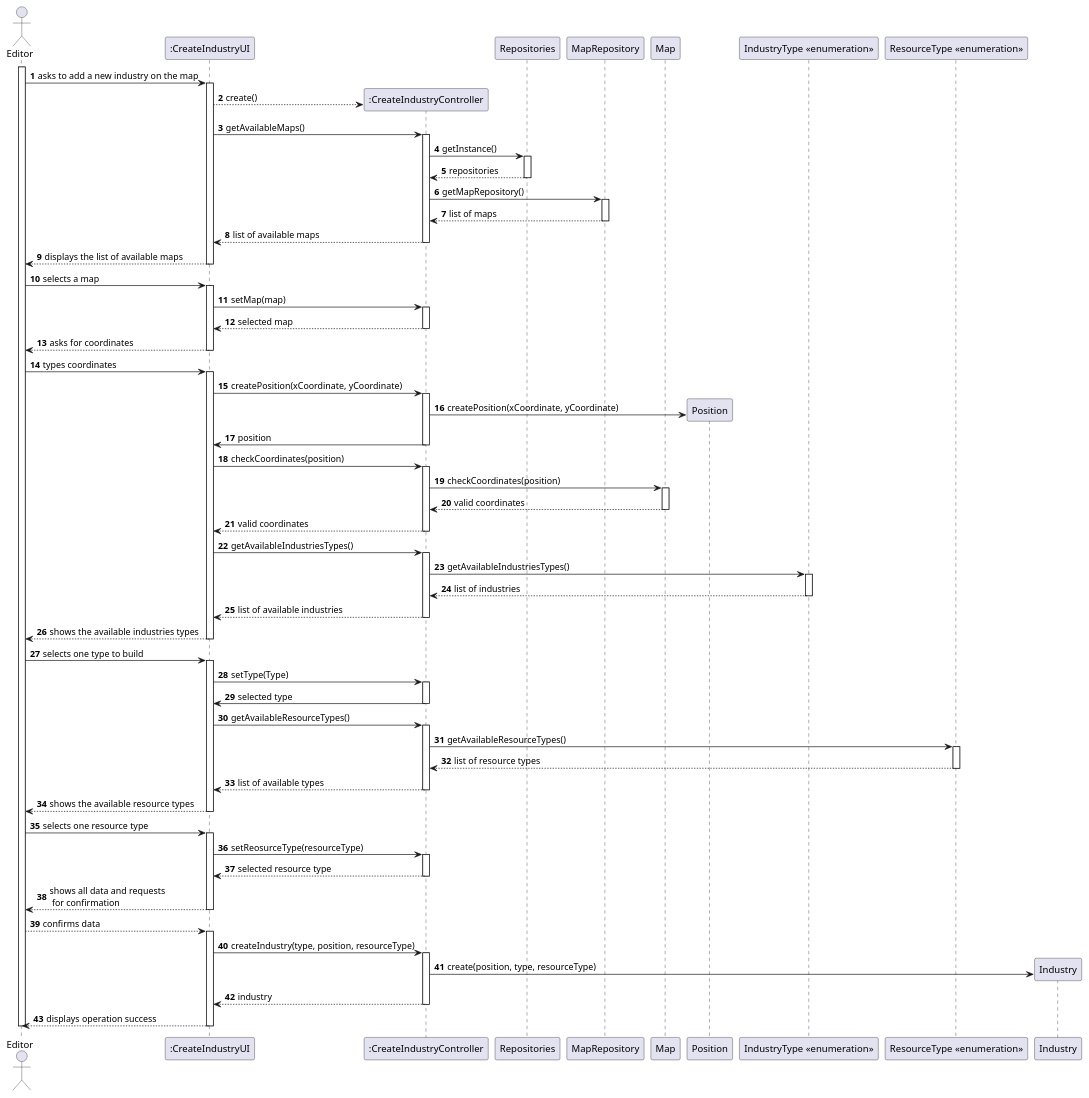
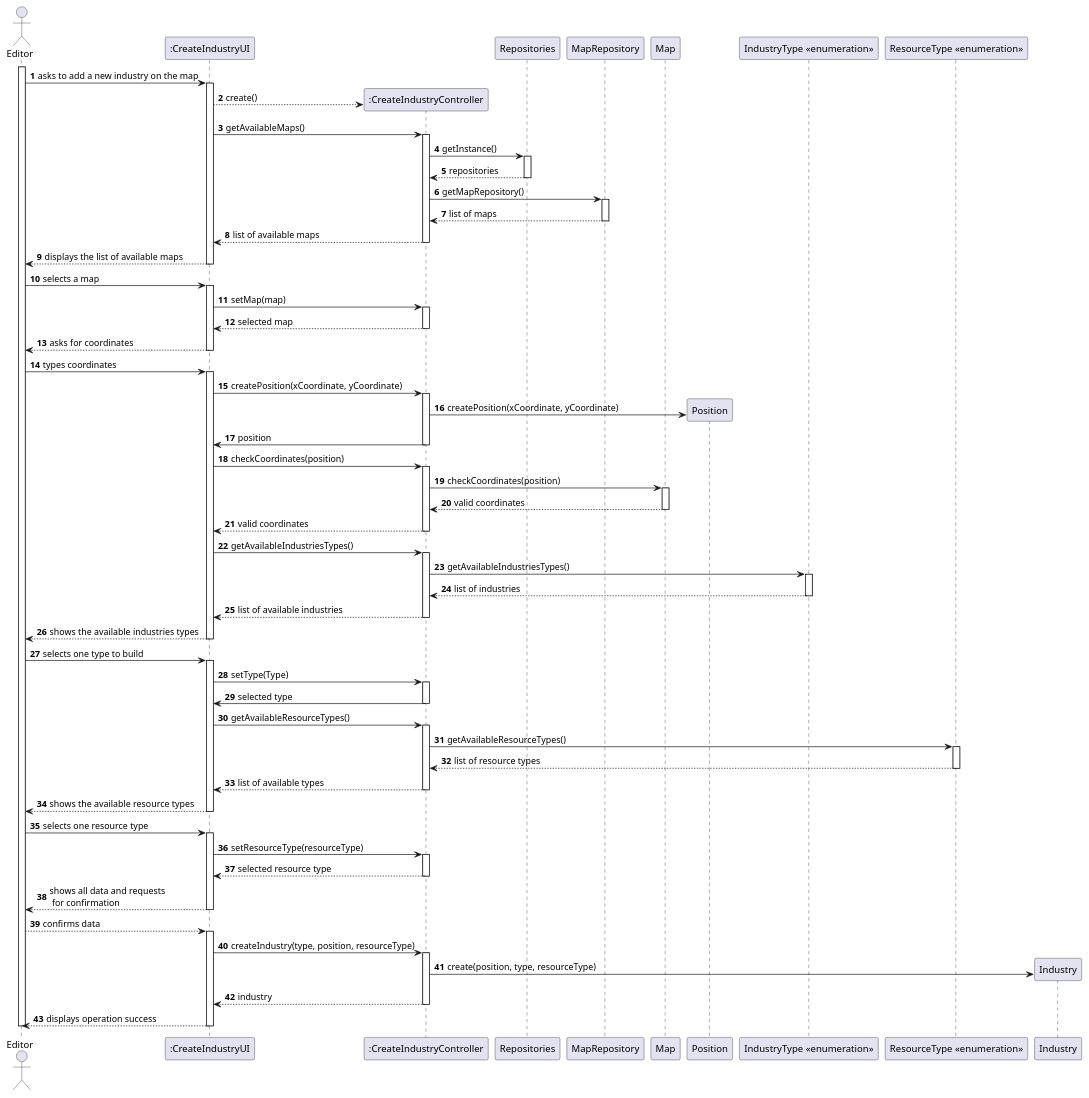
One commit to 1240935/pi2-railway-simulator changed the diagram in Sprint2/US002/03.design/puml/US002-SD-full.puml. Above: the diagram before and after it, drawn with PlantUML. The commit also changed 3 other files, not shown here.

```diff
--- a/Sprint2/US002/03.design/puml/US002-SD-full.puml
+++ b/Sprint2/US002/03.design/puml/US002-SD-full.puml
@@ -1,157 +1,157 @@
 @startuml
 'skinparam monochrome true
 skinparam packageStyle rectangle
 skinparam shadowing false
 
 autonumber
 
  actor "Editor" as EDITOR
     participant ":CreateIndustryUI" as UI
     participant ":CreateIndustryController" as CTRL
     participant "Repositories" as REPOS
     participant "MapRepository" as MREPOS
     participant "Map" as MAP
     participant "Position" as POS
     participant "IndustryType <<enumeration>>" as TYPE
     participant "ResourceType <<enumeration>>" as RETYPE
     participant "Industry" as INDUSTRY
 
 
 activate EDITOR
 
     EDITOR -> UI : asks to add a new industry on the map
     activate UI
 
     UI --> CTRL** : create()
 
     UI -> CTRL : getAvailableMaps()
     activate CTRL
 
     CTRL -> REPOS : getInstance()
     activate REPOS
 
     REPOS --> CTRL: repositories
     deactivate REPOS
 
     CTRL -> MREPOS : getMapRepository()
     activate MREPOS
 
     MREPOS --> CTRL : list of maps
 
     deactivate MREPOS
 
     CTRL --> UI : list of available maps
     deactivate CTRL
 
     UI --> EDITOR : displays the list of available maps
 
     deactivate UI
 
     EDITOR -> UI : selects a map
 
     activate UI
 
     UI -> CTRL : setMap(map)
     activate CTRL
 
     CTRL --> UI : selected map
     deactivate CTRL
 
     UI --> EDITOR : asks for coordinates
     deactivate UI
 
     EDITOR -> UI : types coordinates
     activate UI
 
     UI -> CTRL : createPosition(xCoordinate, yCoordinate)
     activate CTRL
 
     CTRL ->POS** : createPosition(xCoordinate, yCoordinate)
 
 
     CTRL -> UI : position
     deactivate CTRL
 
     UI -> CTRL: checkCoordinates(position)
     activate CTRL
 
 
     CTRL -> MAP : checkCoordinates(position)
     activate MAP
 
     MAP --> CTRL : valid coordinates
     deactivate MAP
 
     CTRL --> UI : valid coordinates
     deactivate CTRL
 
     UI -> CTRL : getAvailableIndustriesTypes()
     activate CTRL
 
     CTRL -> TYPE : getAvailableIndustriesTypes()
     activate TYPE
 
     TYPE --> CTRL: list of industries
     deactivate TYPE
 
 
     CTRL --> UI : list of available industries
 
     deactivate CTRL
 
     UI --> EDITOR :shows the available industries types
 
     deactivate UI
 
     EDITOR -> UI :selects one type to build
     activate UI
 
     UI -> CTRL : setType(Type)
     activate CTRL
 
     CTRL -> UI : selected type
     deactivate CTRL
 
     UI -> CTRL: getAvailableResourceTypes()
     activate CTRL
 
     CTRL -> RETYPE : getAvailableResourceTypes()
     activate RETYPE
 
     RETYPE --> CTRL : list of resource types
     deactivate RETYPE
 
     CTRL --> UI : list of available types
     deactivate CTRL
 
     UI --> EDITOR : shows the available resource types
     deactivate UI
 
     EDITOR -> UI : selects one resource type
     activate UI
 
-    UI -> CTRL: setReosurceType(resourceType)
+    UI -> CTRL: setResourceType(resourceType)
     activate CTRL
 
     CTRL --> UI: selected resource type
     deactivate CTRL
 
     UI --> EDITOR: shows all data and requests \n for confirmation
     deactivate  UI
 
     EDITOR --> UI: confirms data
     activate UI
 
     UI -> CTRL : createIndustry(type, position, resourceType)
     activate CTRL
 
     CTRL -> INDUSTRY** : create(position, type, resourceType)
     
 
     CTRL --> UI : industry
     deactivate CTRL
 
     UI --> EDITOR : displays operation success
     deactivate UI
     deactivate EDITOR
 @enduml
```
